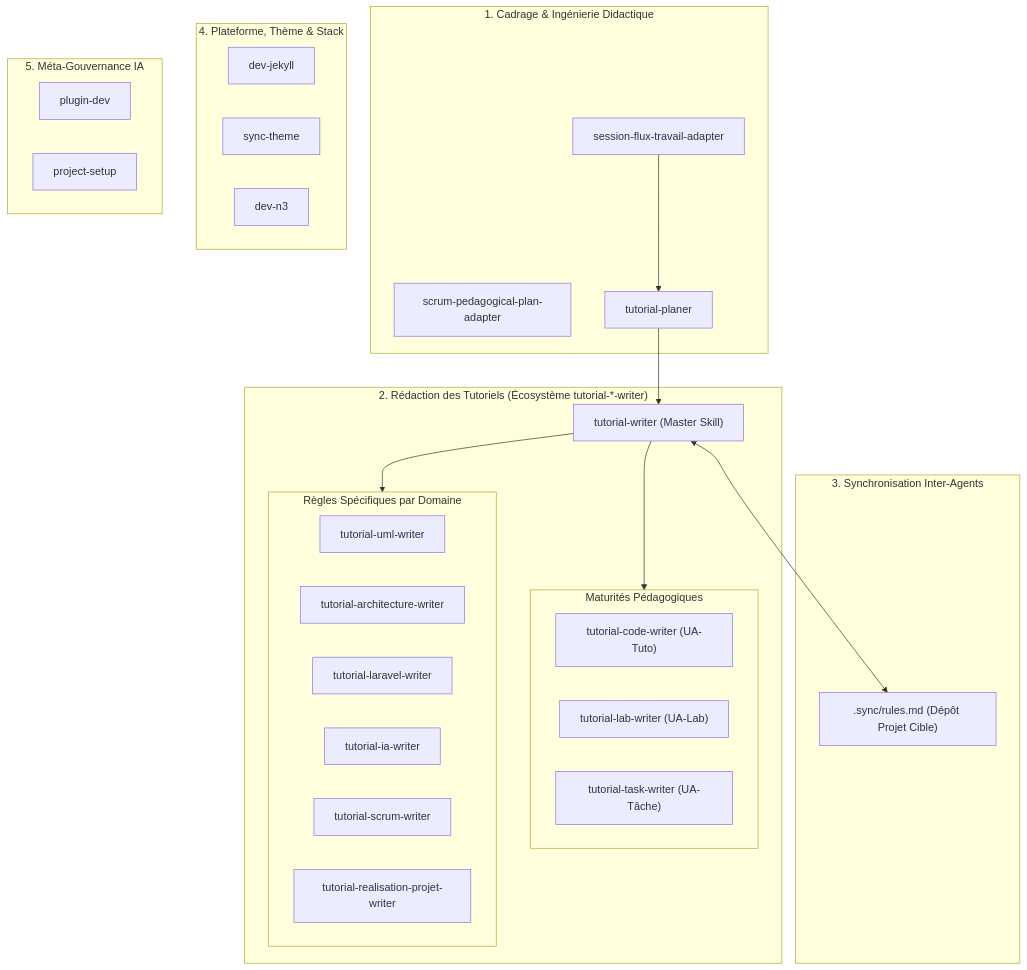
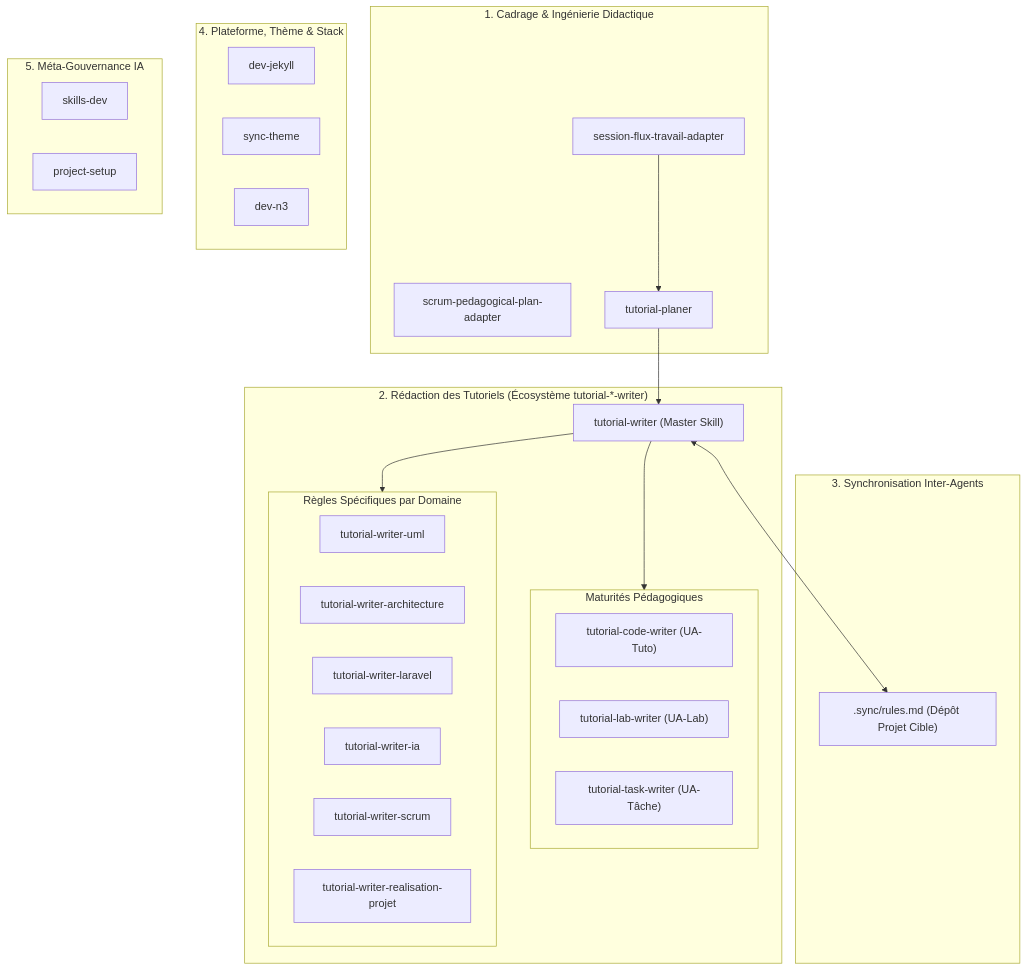
The diagram in .agents/README.md (solicode-web-mobile/autoformations-professionaliser), drawn with Mermaid before and after one commit. The commit also changed other lines of this file and 40 other files, not shown here.

````diff
--- a/.agents/README.md
+++ b/.agents/README.md
@@ -11,46 +11,46 @@
 ```mermaid
 flowchart TD
     subgraph Cadrage ["1. Cadrage & Ingénierie Didactique"]
         Adapter["session-flux-travail-adapter"]
         Scrum["scrum-pedagogical-plan-adapter"]
         Planer["tutorial-planer"]
     end
 
     subgraph Redaction ["2. Rédaction des Tutoriels (Écosystème tutorial-*-writer)"]
         Master["tutorial-writer (Master Skill)"]
         subgraph Formats ["Maturités Pédagogiques"]
             Code["tutorial-code-writer (UA-Tuto)"]
             Lab["tutorial-lab-writer (UA-Lab)"]
             Task["tutorial-task-writer (UA-Tâche)"]
         end
         subgraph Domaines ["Règles Spécifiques par Domaine"]
-            DomUml["tutorial-uml-writer"]
-            DomArch["tutorial-architecture-writer"]
-            DomLar["tutorial-laravel-writer"]
-            DomIA["tutorial-ia-writer"]
-            DomScrum["tutorial-scrum-writer"]
-            DomProj["tutorial-realisation-projet-writer"]
+            DomUml["tutorial-writer-uml"]
+            DomArch["tutorial-writer-architecture"]
+            DomLar["tutorial-writer-laravel"]
+            DomIA["tutorial-writer-ia"]
+            DomScrum["tutorial-writer-scrum"]
+            DomProj["tutorial-writer-realisation-projet"]
         end
     end
 
     subgraph Synchronisation ["3. Synchronisation Inter-Agents"]
         SyncRules[".sync/rules.md (Dépôt Projet Cible)"]
     end
 
     subgraph Socle ["4. Plateforme, Thème & Stack"]
         Jekyll["dev-jekyll"]
         Theme["sync-theme"]
         N3["dev-n3"]
     end
 
     subgraph Gouvernance ["5. Méta-Gouvernance IA"]
-        PluginDev["plugin-dev"]
+        PluginDev["skills-dev"]
         Setup["project-setup"]
     end
 
     Adapter --> Planer
     Planer --> Master
     Master --> Formats
     Master --> Domaines
     Master <--> SyncRules
 ```
````
